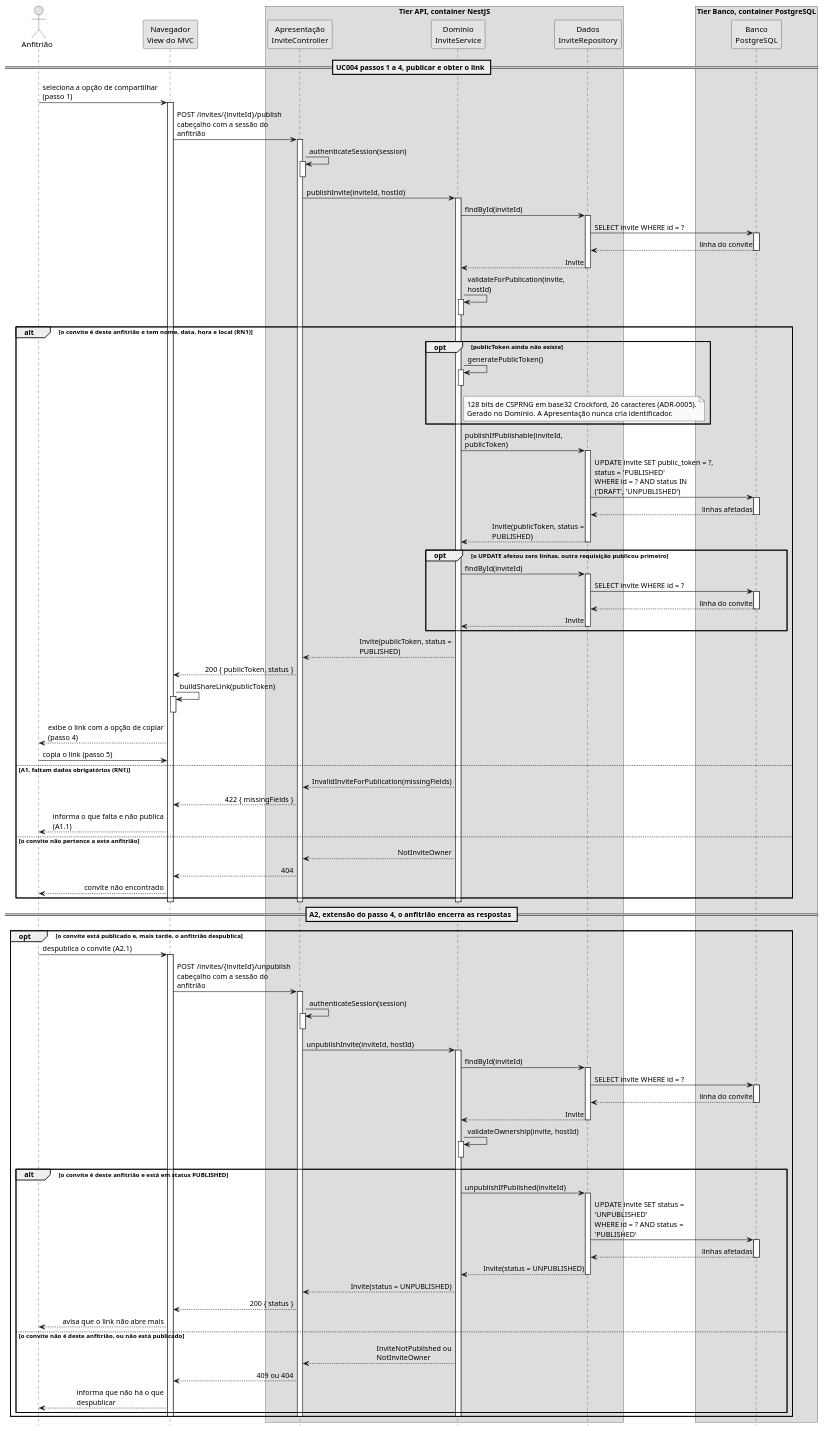
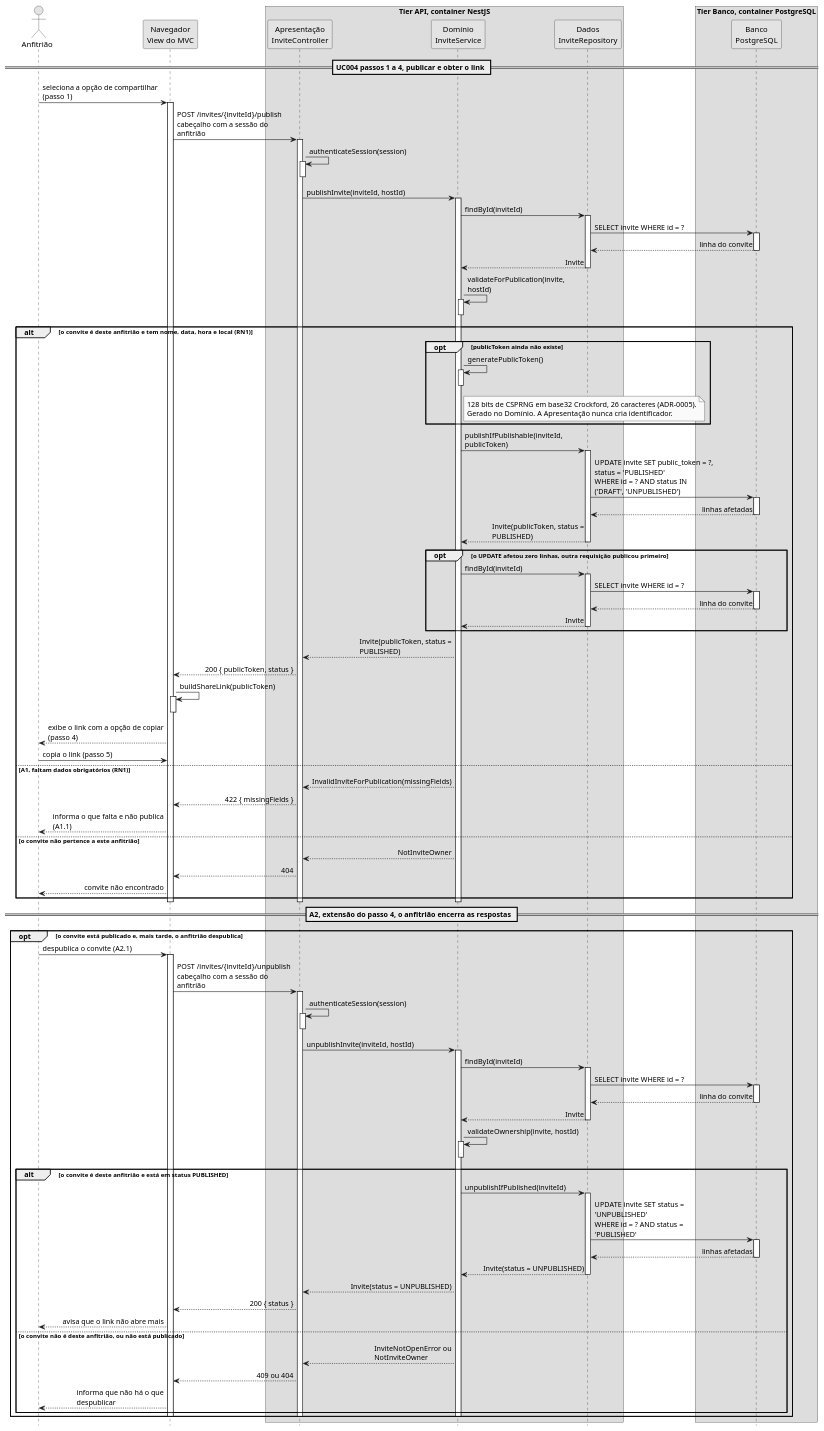
The diagram in docs/.attachments/diagrama-sequencia-uc004.puml (tcpassos/invite-app), drawn with PlantUML before and after one commit. The commit also changed 9 other files, not shown here.

Commit message:
docs: separa DietaryCategoryRepository nos diagramas de sequência e alinha rótulo dos tiers

```diff
--- a/docs/.attachments/diagrama-sequencia-uc004.puml
+++ b/docs/.attachments/diagrama-sequencia-uc004.puml
@@ -1,175 +1,175 @@
 @startuml diagrama-sequencia-uc004
 ' Fonte do Diagrama de Sequência do UC004, Compartilhar convite (gerar link), da Sprint 2.
 ' Gera o PNG sem instalar nada além do Docker, a partir da pasta onde este arquivo está:
 '   docker run --rm -v "<caminho>:/data" plantuml/plantuml -tpng /data/diagrama-sequencia-uc004.puml
 ' No Windows, <caminho> é o caminho absoluto da pasta, por exemplo D:\invite-app\docs\.attachments
 ' A imagem tem cerca de 3200 pixels de altura. Se depois de editar ela sair cortada no rodapé,
 ' é o teto padrão de 4096 do PlantUML: acrescente -e PLANTUML_LIMIT_SIZE=16384 ao comando.
 ' Identificadores de método, de rota e de tabela em inglês, conforme o Guia de Estilo. Notas em português.
 ' Os três tiers vêm do ADR-0002. As três camadas lógicas da API vêm do ADR-0001.
 ' Os nomes de classe e de enumeração seguem o Diagrama de Classes da Sprint 2.
 
 skinparam shadowing false
 skinparam monochrome true
 skinparam sequenceMessageAlign first
 skinparam maxMessageSize 220
 hide footbox
 
 actor "Anfitrião" as Anfitriao
 
 participant "Navegador\nView do MVC" as BR
 
 box "Tier API, container NestJS"
   participant "Apresentação\nInviteController" as PR
   participant "Domínio\nInviteService" as DM
   participant "Dados\nInviteRepository" as DA
 end box
 
 box "Tier Banco, container PostgreSQL"
   participant "Banco\nPostgreSQL" as DB
 end box
 
 == UC004 passos 1 a 4, publicar e obter o link ==
 
 Anfitriao -> BR : seleciona a opção de compartilhar (passo 1)
 activate BR
 
 BR -> PR : POST /invites/{inviteId}/publish\ncabeçalho com a sessão do anfitrião
 activate PR
 
 PR -> PR : authenticateSession(session)
 activate PR
 deactivate PR
 
 PR -> DM : publishInvite(inviteId, hostId)
 activate DM
 
 DM -> DA : findById(inviteId)
 activate DA
 DA -> DB : SELECT invite WHERE id = ?
 activate DB
 DB --> DA : linha do convite
 deactivate DB
 DA --> DM : Invite
 deactivate DA
 
 DM -> DM : validateForPublication(invite, hostId)
 activate DM
 deactivate DM
 
 alt o convite é deste anfitrião e tem nome, data, hora e local (RN1)
 
   opt publicToken ainda não existe
     DM -> DM : generatePublicToken()
 note right of DM
   128 bits de CSPRNG em base32 Crockford, 26 caracteres (ADR-0005).
   Gerado no Domínio. A Apresentação nunca cria identificador.
 end note
     activate DM
     deactivate DM
   end
 
   DM -> DA : publishIfPublishable(inviteId, publicToken)
   activate DA
   DA -> DB : UPDATE invite SET public_token = ?, status = 'PUBLISHED'\nWHERE id = ? AND status IN ('DRAFT', 'UNPUBLISHED')
   activate DB
   DB --> DA : linhas afetadas
   deactivate DB
   DA --> DM : Invite(publicToken, status = PUBLISHED)
   deactivate DA
 
   opt o UPDATE afetou zero linhas, outra requisição publicou primeiro
     DM -> DA : findById(inviteId)
     activate DA
     DA -> DB : SELECT invite WHERE id = ?
     activate DB
     DB --> DA : linha do convite
     deactivate DB
     DA --> DM : Invite
     deactivate DA
   end
 
   DM --> PR : Invite(publicToken, status = PUBLISHED)
   PR --> BR : 200 { publicToken, status }
   BR -> BR : buildShareLink(publicToken)
   activate BR
   deactivate BR
   BR --> Anfitriao : exibe o link com a opção de copiar (passo 4)
 
   Anfitriao -> BR : copia o link (passo 5)
 
 else A1, faltam dados obrigatórios (RN1)
 
   DM --> PR : InvalidInviteForPublication(missingFields)
   PR --> BR : 422 { missingFields }
   BR --> Anfitriao : informa o que falta e não publica (A1.1)
 
 else o convite não pertence a este anfitrião
 
   DM --> PR : NotInviteOwner
   PR --> BR : 404
   BR --> Anfitriao : convite não encontrado
 
 end
 
 deactivate DM
 deactivate PR
 deactivate BR
 
 == A2, extensão do passo 4, o anfitrião encerra as respostas ==
 
 opt o convite está publicado e, mais tarde, o anfitrião despublica
 
   Anfitriao -> BR : despublica o convite (A2.1)
   activate BR
   BR -> PR : POST /invites/{inviteId}/unpublish\ncabeçalho com a sessão do anfitrião
   activate PR
   PR -> PR : authenticateSession(session)
   activate PR
   deactivate PR
   PR -> DM : unpublishInvite(inviteId, hostId)
   activate DM
 
   DM -> DA : findById(inviteId)
   activate DA
   DA -> DB : SELECT invite WHERE id = ?
   activate DB
   DB --> DA : linha do convite
   deactivate DB
   DA --> DM : Invite
   deactivate DA
 
   DM -> DM : validateOwnership(invite, hostId)
   activate DM
   deactivate DM
 
   alt o convite é deste anfitrião e está em status PUBLISHED
 
     DM -> DA : unpublishIfPublished(inviteId)
     activate DA
     DA -> DB : UPDATE invite SET status = 'UNPUBLISHED'\nWHERE id = ? AND status = 'PUBLISHED'
     activate DB
     DB --> DA : linhas afetadas
     deactivate DB
     DA --> DM : Invite(status = UNPUBLISHED)
     deactivate DA
 
     DM --> PR : Invite(status = UNPUBLISHED)
     PR --> BR : 200 { status }
     BR --> Anfitriao : avisa que o link não abre mais
 
   else o convite não é deste anfitrião, ou não está publicado
 
-    DM --> PR : InviteNotPublished ou NotInviteOwner
+    DM --> PR : InviteNotOpenError ou NotInviteOwner
     PR --> BR : 409 ou 404
     BR --> Anfitriao : informa que não há o que despublicar
 
   end
 
   deactivate DM
   deactivate PR
   deactivate BR
 
 end
 
 @enduml
```
